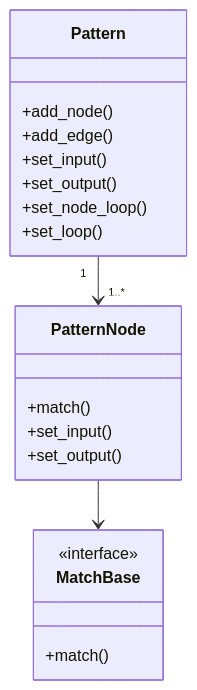
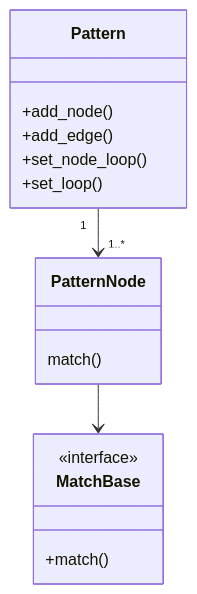
One commit to Ascend/msadvisor changed the second of 3 diagrams in auto-optimizer/docs/knowledge_optimizer/knowledge_optimizer_framework.md. Above: the diagram before and after it, drawn with Mermaid. The commit also changed other lines of this file and 20 other files, not shown here.

Commit message:
[FIXED] fix the sub graph match logic, remove some interface for Pattern

````diff
--- a/auto-optimizer/docs/knowledge_optimizer/knowledge_optimizer_framework.md
+++ b/auto-optimizer/docs/knowledge_optimizer/knowledge_optimizer_framework.md
@@ -38,22 +38,18 @@
 ```mermaid
 classDiagram
     class Pattern {
         +add_node()
         +add_edge()
-        +set_input()
-        +set_output()
         +set_node_loop()
         +set_loop()
     }
     class PatternNode {
-        +match()
-        +set_input()
-        +set_output()
+        match()
     }
     class MatchBase {
         <<interface>>
         +match()
     }
     Pattern "1" --> "1..*" PatternNode
     PatternNode --> MatchBase
 ```
````
